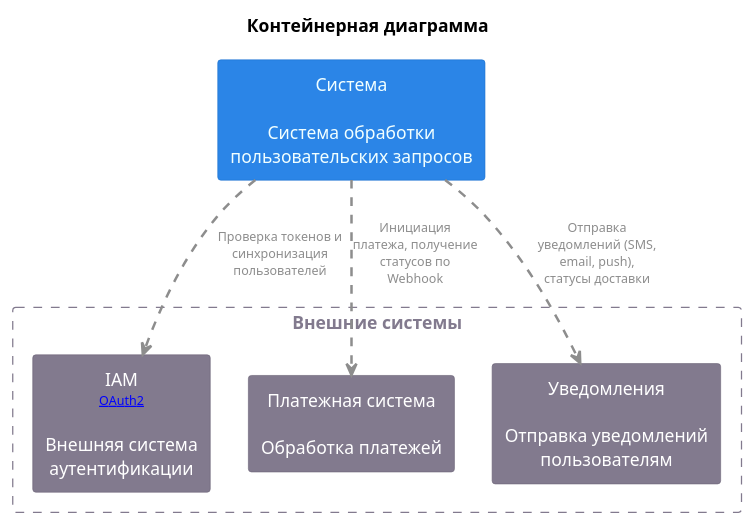
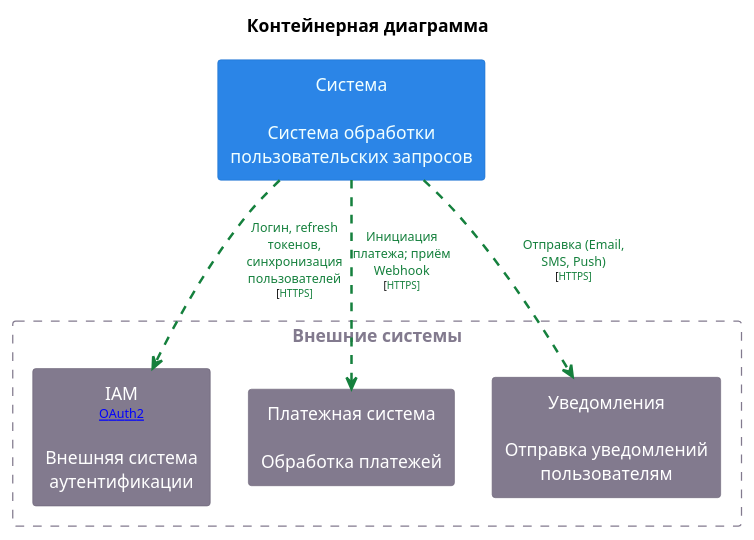
One commit to shelepovg/system-design-homework changed the diagram in doc/схемы/external_system_container.puml. Above: the diagram before and after it, drawn with PlantUML. The commit also changed 13 other files, not shown here.

Commit message:
сгенерировал новые и измененные схемы

```diff
--- a/doc/схемы/external_system_container.puml
+++ b/doc/схемы/external_system_container.puml
@@ -1,50 +1,50 @@
 @startuml
 title "Контейнерная диаграмма"
 top to bottom direction
 
 hide stereotype
 skinparam ranksep 60
 skinparam nodesep 30
 skinparam {
   arrowFontSize 10
   defaultTextAlignment center
   wrapWidth 200
   maxMessageSize 100
   shadowing false
 }
 
 skinparam rectangle<<System>>{
   BackgroundColor #2b85e7
   FontColor #f1ffff
   BorderColor #1e73ce
 }
 skinparam rectangle<<System_extIam_ext>>{
   BackgroundColor #827a8e
   FontColor #ffffff
   BorderColor #6c6477
 }
 skinparam rectangle<<System_extPayment>>{
   BackgroundColor #827a8e
   FontColor #ffffff
   BorderColor #6c6477
 }
 skinparam rectangle<<System_extNotification>>{
   BackgroundColor #827a8e
   FontColor #ffffff
   BorderColor #6c6477
 }
 rectangle "Система\n\nСистема обработки пользовательских запросов" <<System>> as System
 rectangle "Внешние системы" <<System_ext>> as System_ext {
   skinparam RectangleBorderColor<<System_ext>> #827a8e
   skinparam RectangleFontColor<<System_ext>> #827a8e
   skinparam RectangleBorderStyle<<System_ext>> dashed
 
   rectangle "IAM\n<size:10>[[OAuth2]]</size>\n\nВнешняя система аутентификации" <<System_extIam_ext>> as System_extIam_ext
   rectangle "Платежная система\n\nОбработка платежей" <<System_extPayment>> as System_extPayment
   rectangle "Уведомления\n\nОтправка уведомлений пользователям" <<System_extNotification>> as System_extNotification
 }
 
-System .[#8D8D8D,thickness=2].> System_extIam_ext : <color:#8D8D8D>Проверка токенов и синхронизация \n<color:#8D8D8D>пользователей
-System .[#8D8D8D,thickness=2].> System_extPayment : <color:#8D8D8D>Инициация платежа, получение статусов по \n<color:#8D8D8D>Webhook
-System .[#8D8D8D,thickness=2].> System_extNotification : <color:#8D8D8D>Отправка уведомлений (SMS, email, push), \n<color:#8D8D8D>статусы доставки
+System .[#15803d,thickness=2].> System_extIam_ext : <color:#15803d>Логин, refresh токенов, синхронизация \n<color:#15803d>пользователей\n<size:8>[<color:#15803d>HTTPS]</size>
+System .[#15803d,thickness=2].> System_extPayment : <color:#15803d>Инициация платежа; приём Webhook\n<size:8>[<color:#15803d>HTTPS]</size>
+System .[#15803d,thickness=2].> System_extNotification : <color:#15803d>Отправка (Email, SMS, Push)\n<size:8>[<color:#15803d>HTTPS]</size>
 @enduml
```
